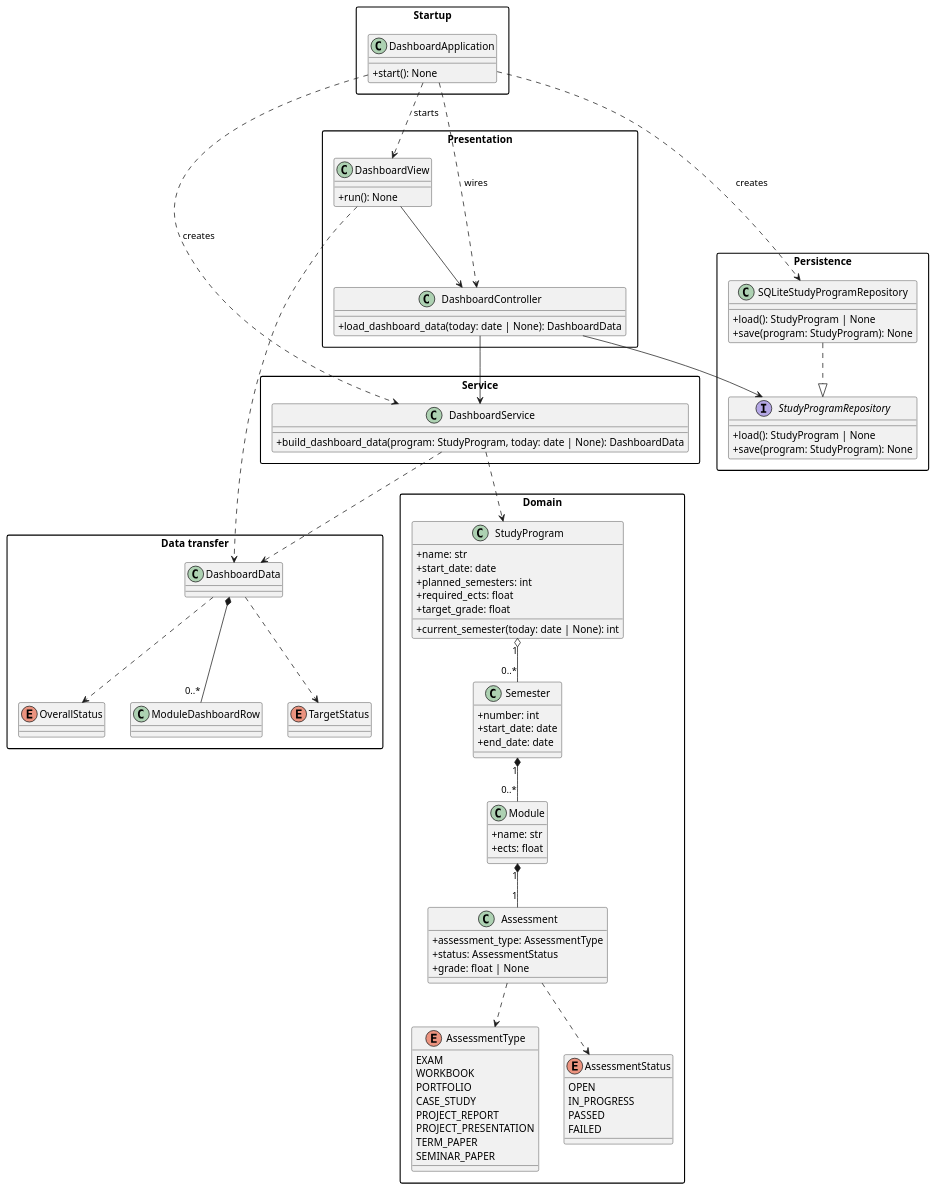
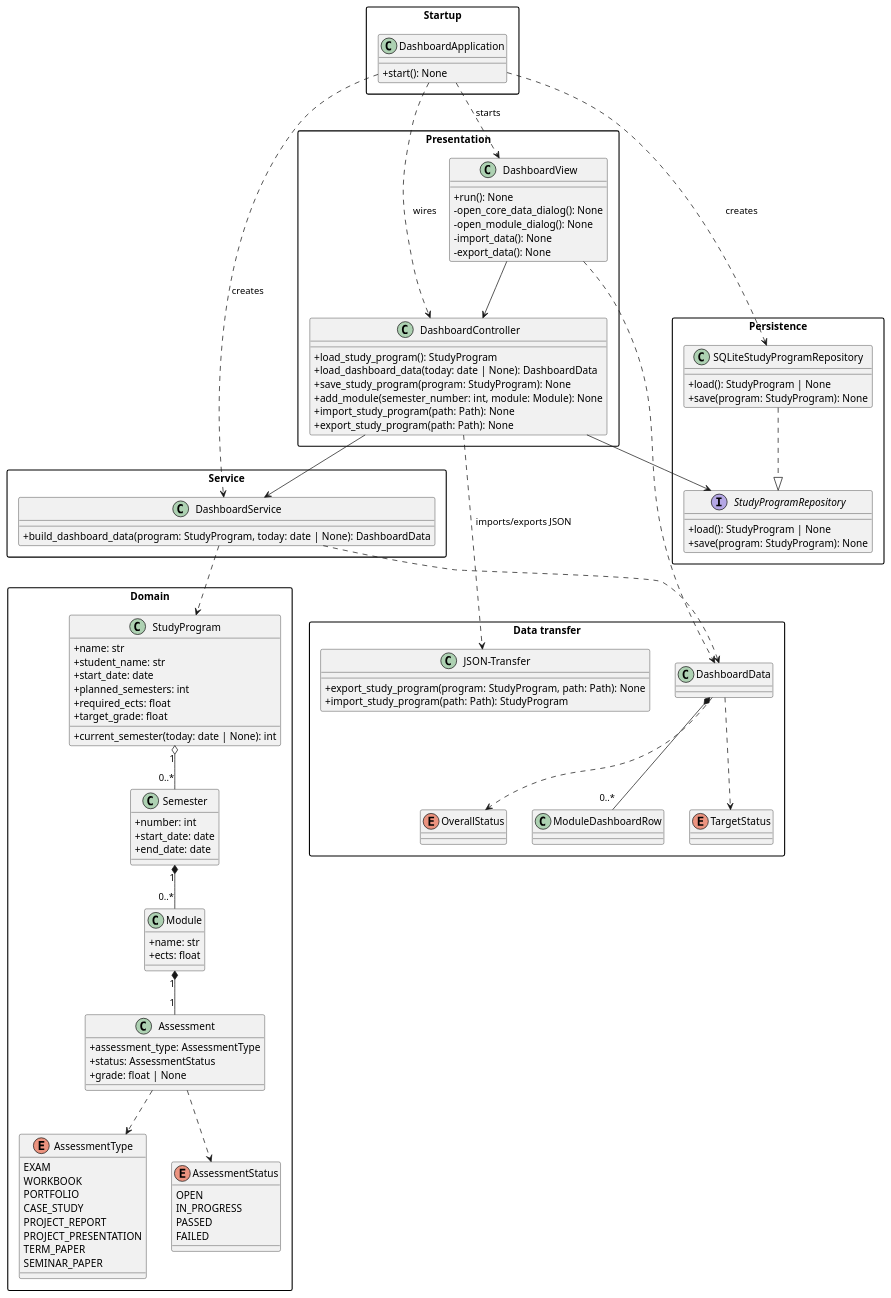
One commit to mariusburkhardt/Dashboard changed the diagram in Dashboard/docs/architecture.puml. Above: the diagram before and after it, drawn with PlantUML. The commit also changed 15 other files, not shown here.

```diff
--- a/Dashboard/docs/architecture.puml
+++ b/Dashboard/docs/architecture.puml
@@ -1,111 +1,129 @@
 @startuml
 skinparam packageStyle rectangle
 skinparam classAttributeIconSize 0
 
 package "Domain" {
     class StudyProgram {
         +name: str
+        +student_name: str
         +start_date: date
         +planned_semesters: int
         +required_ects: float
         +target_grade: float
         +current_semester(today: date | None): int
     }
 
     class Semester {
         +number: int
         +start_date: date
         +end_date: date
     }
 
     class Module {
         +name: str
         +ects: float
     }
 
     class Assessment {
         +assessment_type: AssessmentType
         +status: AssessmentStatus
         +grade: float | None
     }
 
     enum AssessmentType {
         EXAM
         WORKBOOK
         PORTFOLIO
         CASE_STUDY
         PROJECT_REPORT
         PROJECT_PRESENTATION
         TERM_PAPER
         SEMINAR_PAPER
     }
 
     enum AssessmentStatus {
         OPEN
         IN_PROGRESS
         PASSED
         FAILED
     }
 }
 
 package "Service" {
     class DashboardService {
         +build_dashboard_data(program: StudyProgram, today: date | None): DashboardData
     }
 }
 
 package "Data transfer" {
     class DashboardData
     class ModuleDashboardRow
     enum TargetStatus
     enum OverallStatus
     DashboardData *-- "0..*" ModuleDashboardRow
     DashboardData ..> TargetStatus
     DashboardData ..> OverallStatus
 }
 
 package "Persistence" {
     interface StudyProgramRepository {
         +load(): StudyProgram | None
         +save(program: StudyProgram): None
     }
 
     class SQLiteStudyProgramRepository {
         +load(): StudyProgram | None
         +save(program: StudyProgram): None
     }
 }
 
+package "Data transfer" {
+    class "JSON-Transfer" as JsonTransfer {
+        +export_study_program(program: StudyProgram, path: Path): None
+        +import_study_program(path: Path): StudyProgram
+    }
+}
+
 package "Presentation" {
     class DashboardController {
+        +load_study_program(): StudyProgram
         +load_dashboard_data(today: date | None): DashboardData
+        +save_study_program(program: StudyProgram): None
+        +add_module(semester_number: int, module: Module): None
+        +import_study_program(path: Path): None
+        +export_study_program(path: Path): None
     }
 
     class DashboardView {
         +run(): None
+        -open_core_data_dialog(): None
+        -open_module_dialog(): None
+        -import_data(): None
+        -export_data(): None
     }
 }
 
 package "Startup" {
     class DashboardApplication {
         +start(): None
     }
 }
 
 StudyProgram "1" o-- "0..*" Semester
 Semester "1" *-- "0..*" Module
 Module "1" *-- "1" Assessment
 Assessment ..> AssessmentType
 Assessment ..> AssessmentStatus
 SQLiteStudyProgramRepository ..|> StudyProgramRepository
 DashboardService ..> StudyProgram
 DashboardService ..> DashboardData
 DashboardController --> DashboardService
 DashboardController --> StudyProgramRepository
 DashboardView --> DashboardController
 DashboardView ..> DashboardData
+DashboardController ..> JsonTransfer : imports/exports JSON
 DashboardApplication ..> SQLiteStudyProgramRepository : creates
 DashboardApplication ..> DashboardService : creates
 DashboardApplication ..> DashboardController : wires
 DashboardApplication ..> DashboardView : starts
 @enduml
```
